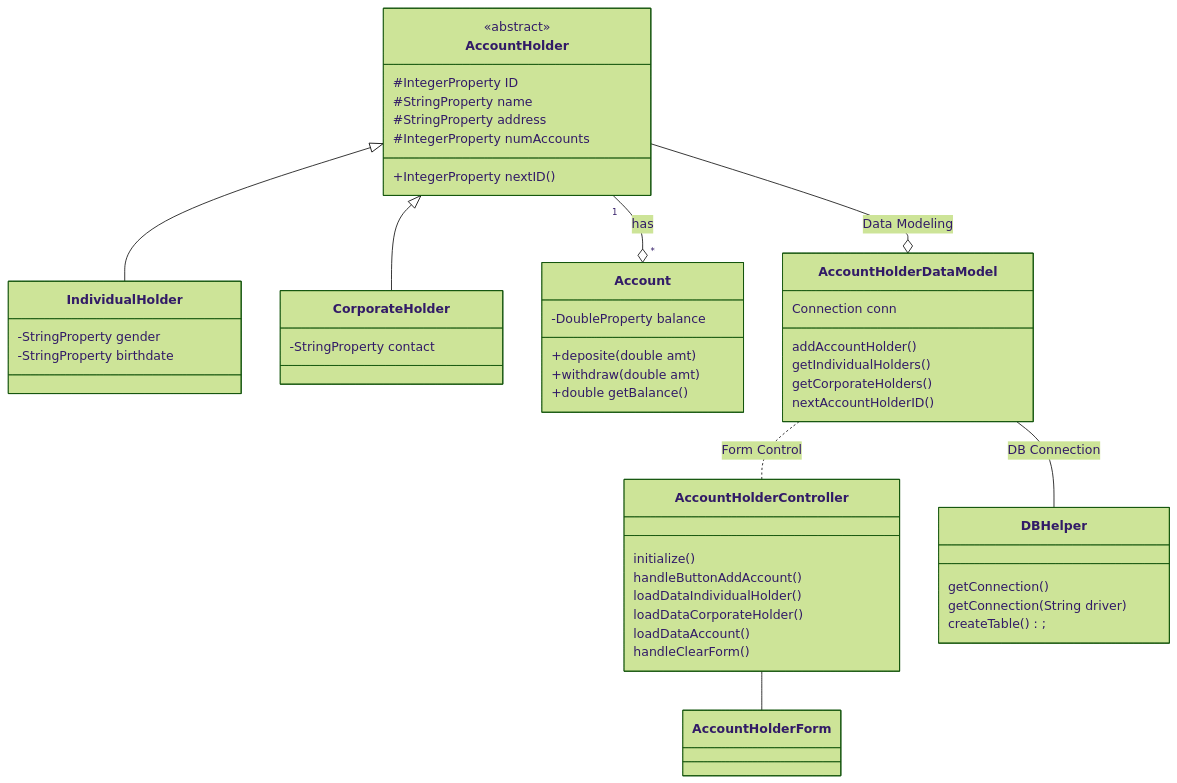
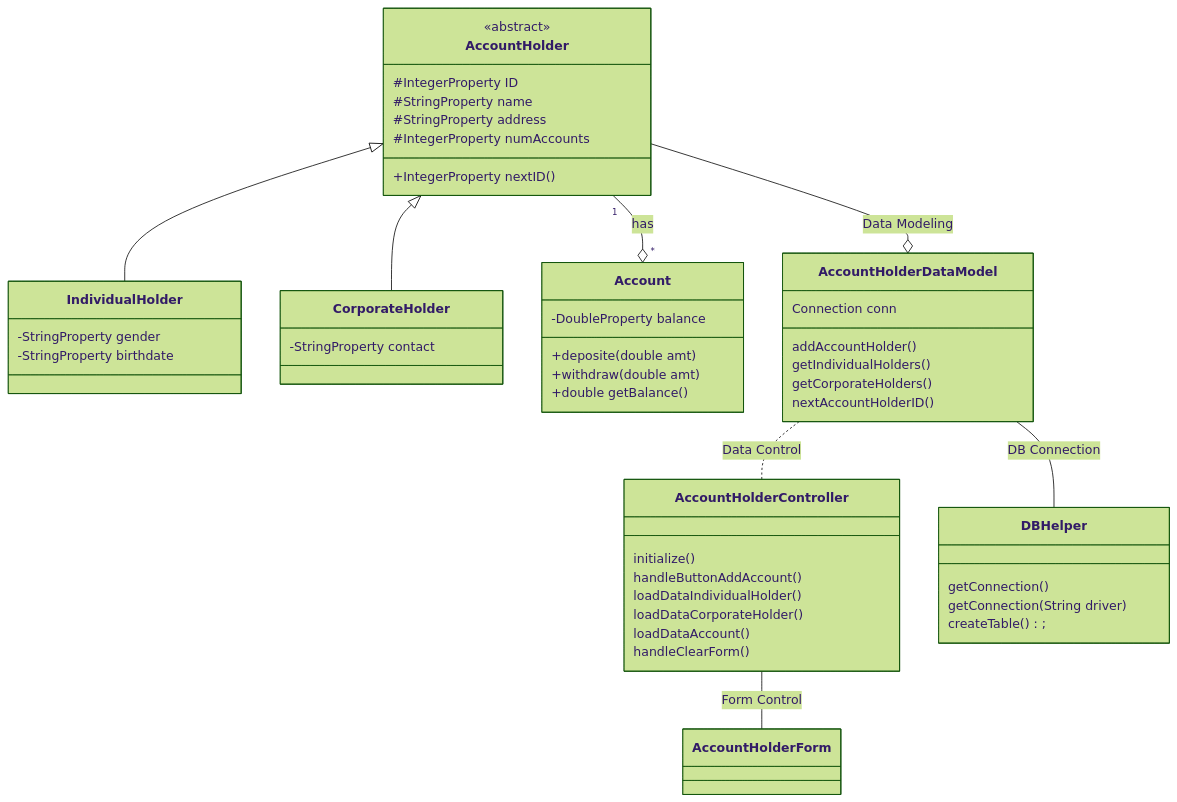
The third of 3 diagrams in About.md (masrajha/pbo-project), drawn with Mermaid (forest theme) before and after one commit. The commit also changed 3 other files, not shown here.

````diff
--- a/About.md
+++ b/About.md
@@ -64,57 +64,57 @@
 ```mermaid
 classDiagram
     AccountHolder <|-- IndividualHolder
     AccountHolder <|-- CorporateHolder
     AccountHolder "1"--o"*" Account : has
     AccountHolder --o AccountHolderDataModel : Data Modeling
-    AccountHolderDataModel .. AccountHolderController : Form Control
+    AccountHolderDataModel .. AccountHolderController : Data Control
     AccountHolderDataModel -- DBHelper : DB Connection
-    AccountHolderController -- AccountHolderForm
+    AccountHolderController -- AccountHolderForm : Form Control      
 
     class AccountHolder{
       <<abstract>>
       #IntegerProperty ID
       #StringProperty name
       #StringProperty address
       #IntegerProperty numAccounts
       
       +IntegerProperty nextID()
     }
     
     class IndividualHolder{
       -StringProperty gender
       -StringProperty birthdate
     }
     class CorporateHolder{
       -StringProperty contact
     }
     class Account{
       -DoubleProperty balance
       +deposite(double amt)
       +withdraw(double amt)
       +double getBalance()
     }
 
     class AccountHolderDataModel{
         Connection conn
         addAccountHolder()
         getIndividualHolders()
         getCorporateHolders()
         nextAccountHolderID()
     }
 
     class AccountHolderController{
         initialize()
         handleButtonAddAccount()
         loadDataIndividualHolder()
         loadDataCorporateHolder()
         loadDataAccount()
         handleClearForm()
     }
     class DBHelper{
         getConnection()
         getConnection(String driver)
         createTable();
     }
             
 ```
````
